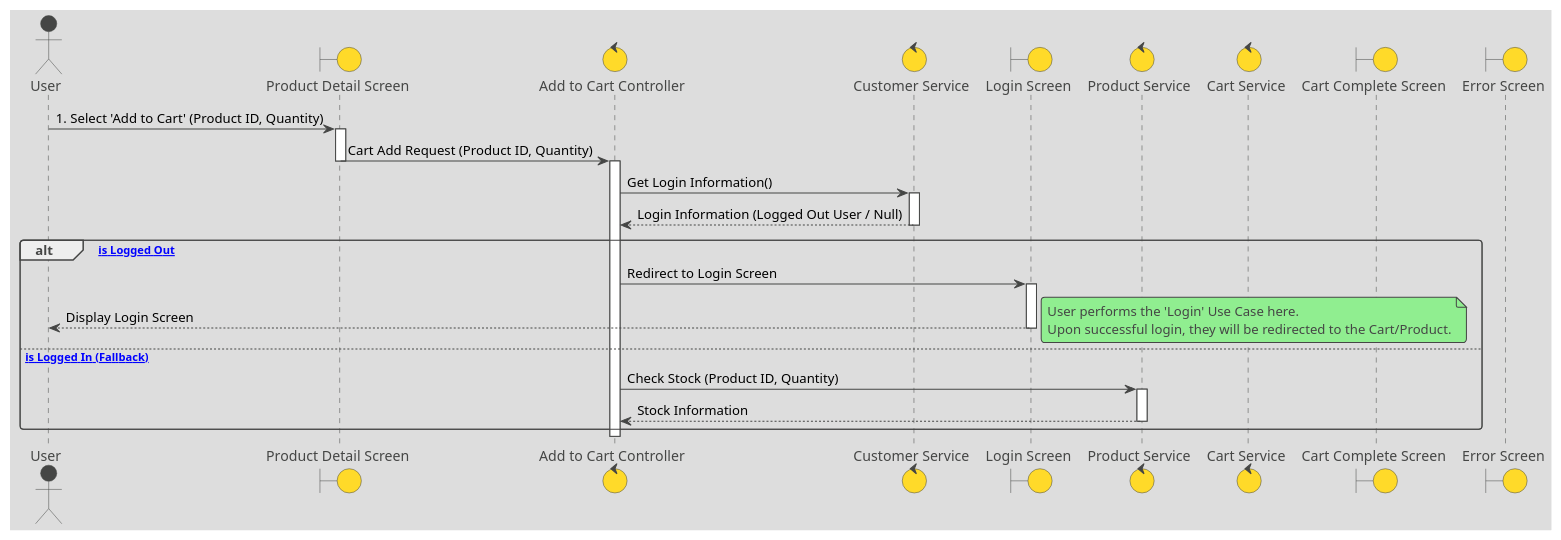
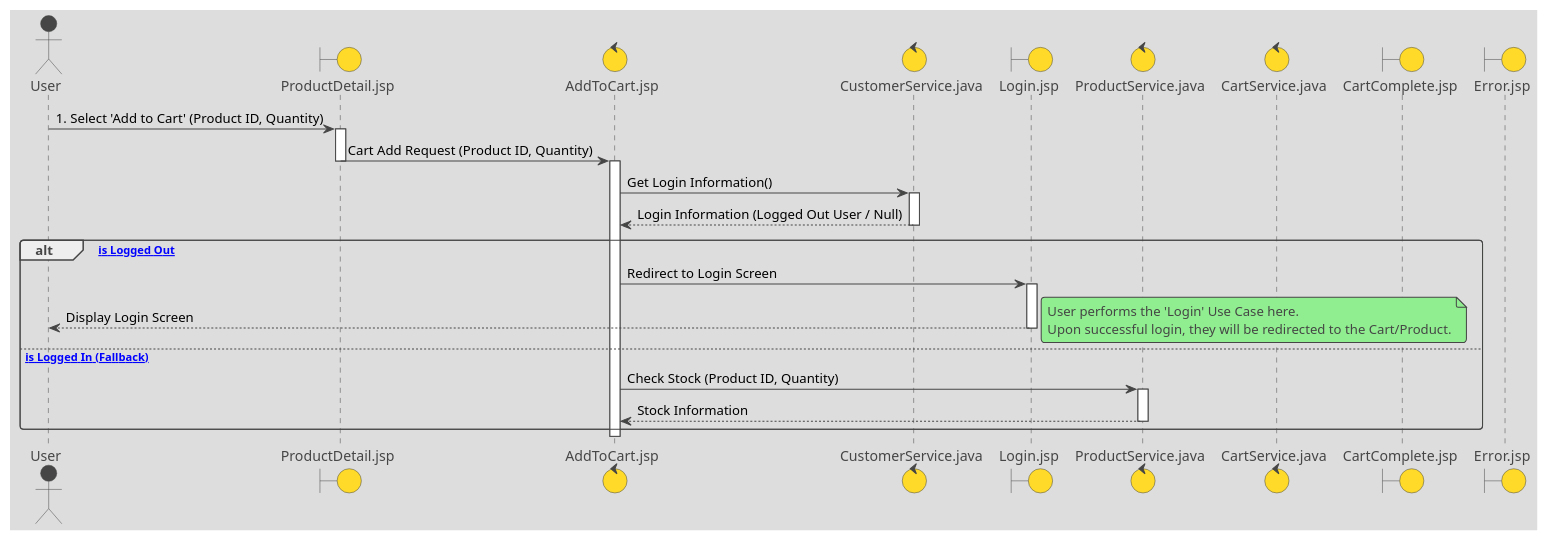
One commit to mameiku/group3-4 changed the diagram in Sequence_tuika_out.pu. Above: the diagram before and after it, drawn with PlantUML. The commit also changed 3 other files, not shown here.

```diff
--- a/Sequence_tuika_out.pu
+++ b/Sequence_tuika_out.pu
@@ -1,63 +1,63 @@
 @startuml AddToCartSequenceDiagram_LoggedOut
 !theme toy
 
 ' ====================================================================
-' Participant Definitions
+' Participant Definitions (Using .jsp and .java notation)
 ' ====================================================================
 actor User
-boundary GoodsDetailJSP as "Product Detail Screen"
-control AddCartJSP as "Add to Cart Controller"
-control CustomerJava as "Customer Service"
-boundary LoginJSP as "Login Screen"
-control GoodsJava as "Product Service"
-control CartJava as "Cart Service"
-boundary AddCartCompleteJSP as "Cart Complete Screen"
-boundary ErrorJSP as "Error Screen"
+boundary ProductDetailJSP as "ProductDetail.jsp"
+control AddToCartJSP as "AddToCart.jsp"
+control CustomerServiceJava as "CustomerService.java"
+boundary LoginJSP as "Login.jsp"
+control ProductServiceJava as "ProductService.java"
+control CartServiceJava as "CartService.java"
+boundary CartCompleteJSP as "CartComplete.jsp"
+boundary ErrorJSP as "Error.jsp"
 
 ' ====================================================================
 ' Basic Flow: User is logged out (Pre-condition is NOT met)
 ' ====================================================================
 
 ' 1. The customer specifies the quantity on the product detail screen and selects 'Add to Cart'.
-User -> GoodsDetailJSP : 1. Select 'Add to Cart' (Product ID, Quantity)
-activate GoodsDetailJSP
+User -> ProductDetailJSP : 1. Select 'Add to Cart' (Product ID, Quantity)
+activate ProductDetailJSP
 
-GoodsDetailJSP -> AddCartJSP : Cart Add Request (Product ID, Quantity)
-deactivate GoodsDetailJSP
-activate AddCartJSP
+ProductDetailJSP -> AddToCartJSP : Cart Add Request (Product ID, Quantity)
+deactivate ProductDetailJSP
+activate AddToCartJSP
 
 ' --- Login Check ---
 ' 2. The system confirms if the customer is logged in.
-AddCartJSP -> CustomerJava : Get Login Information()
-activate CustomerJava
-CustomerJava --> AddCartJSP : Login Information (Logged Out User / Null)
-deactivate CustomerJava
+AddToCartJSP -> CustomerServiceJava : Get Login Information()
+activate CustomerServiceJava
+CustomerServiceJava --> AddToCartJSP : Login Information (Logged Out User / Null)
+deactivate CustomerServiceJava
 
 alt [User is Logged Out]
     ' Alternative Flow 2-1: If the customer is not logged in, the system confirms this.
     ' Alternative Flow 2-2: The system redirects to the Login Screen.
-    AddCartJSP -> LoginJSP : Redirect to Login Screen
+    AddToCartJSP -> LoginJSP : Redirect to Login Screen
     activate LoginJSP
     
     LoginJSP --> User : Display Login Screen
     
     Note right : User performs the 'Login' Use Case here.\nUpon successful login, they will be redirected to the Cart/Product.
     
     deactivate LoginJSP
     
 else [User is Logged In (Fallback)]
     ' This path represents the original Basic Flow, which should not be triggered if the pre-condition is 'logged out'.
     
     ' 2. Check Stock
-    AddCartJSP -> GoodsJava : Check Stock (Product ID, Quantity)
-    activate GoodsJava
-    GoodsJava --> AddCartJSP : Stock Information
-    deactivate GoodsJava
+    AddToCartJSP -> ProductServiceJava : Check Stock (Product ID, Quantity)
+    activate ProductServiceJava
+    ProductServiceJava --> AddToCartJSP : Stock Information
+    deactivate ProductServiceJava
     
     ' ... followed by the rest of the Add to Cart logic ...
     
 end ' End Login Check alt
 
-deactivate AddCartJSP
+deactivate AddToCartJSP
 
 @enduml
```
